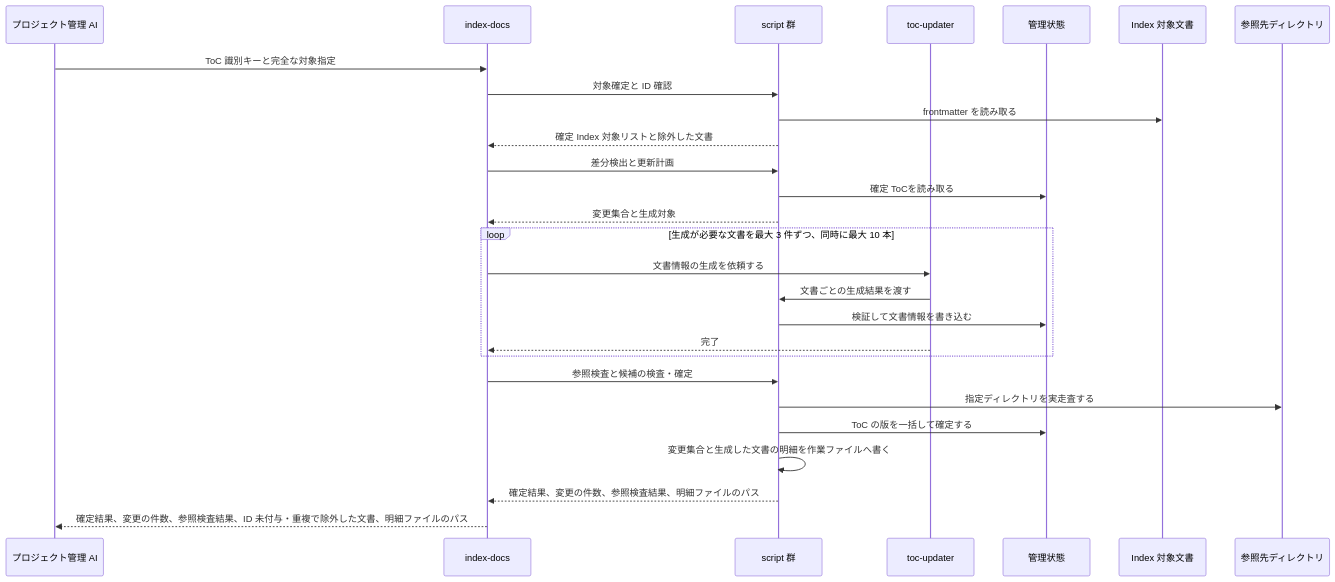
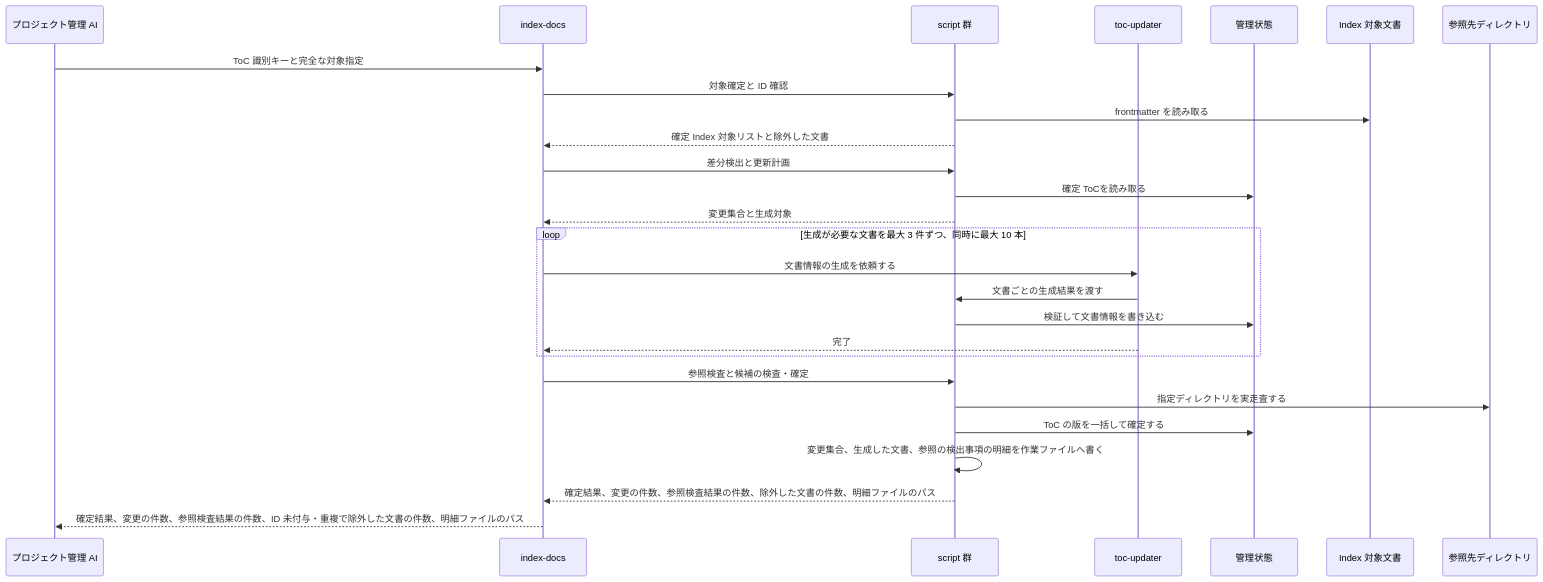
Before and after one commit to BlueEventHorizon/doc-link: the third of 10 diagrams in docs/specs/design/DES-010_skill-composition.md, drawn with Mermaid. The commit also changed other lines of this file and 59 other files, not shown here.

````diff
--- a/docs/specs/design/DES-010_skill-composition.md
+++ b/docs/specs/design/DES-010_skill-composition.md
@@ -173,30 +175,30 @@
 ```mermaid
 sequenceDiagram
     participant PM as プロジェクト管理 AI
     participant Skill as index-docs
     participant Scripts as script 群
     participant Agent as toc-updater
     participant State as 管理状態
     participant Docs as Index 対象文書
     participant RefDirs as 参照先ディレクトリ
 
     PM->>Skill: ToC 識別キーと完全な対象指定
     Skill->>Scripts: 対象確定と ID 確認
     Scripts->>Docs: frontmatter を読み取る
     Scripts-->>Skill: 確定 Index 対象リストと除外した文書
     Skill->>Scripts: 差分検出と更新計画
     Scripts->>State: 確定 ToCを読み取る
     Scripts-->>Skill: 変更集合と生成対象
     loop 生成が必要な文書を最大 3 件ずつ、同時に最大 10 本
         Skill->>Agent: 文書情報の生成を依頼する
         Agent->>Scripts: 文書ごとの生成結果を渡す
         Scripts->>State: 検証して文書情報を書き込む
         Agent-->>Skill: 完了
     end
     Skill->>Scripts: 参照検査と候補の検査・確定
     Scripts->>RefDirs: 指定ディレクトリを実走査する
     Scripts->>State: ToC の版を一括して確定する
-    Scripts->>Scripts: 変更集合と生成した文書の明細を作業ファイルへ書く
-    Scripts-->>Skill: 確定結果、変更の件数、参照検査結果、明細ファイルのパス
-    Skill-->>PM: 確定結果、変更の件数、参照検査結果、ID 未付与・重複で除外した文書、明細ファイルのパス
+    Scripts->>Scripts: 変更集合、生成した文書、参照の検出事項の明細を作業ファイルへ書く
+    Scripts-->>Skill: 確定結果、変更の件数、参照検査結果の件数、除外した文書の件数、明細ファイルのパス
+    Skill-->>PM: 確定結果、変更の件数、参照検査結果の件数、ID 未付与・重複で除外した文書の件数、明細ファイルのパス
 ```
````
